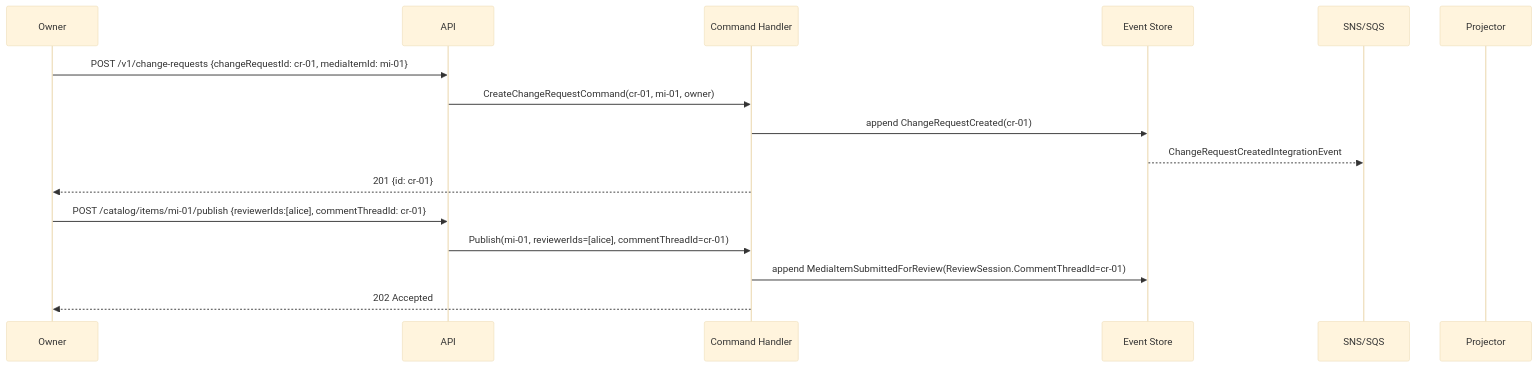
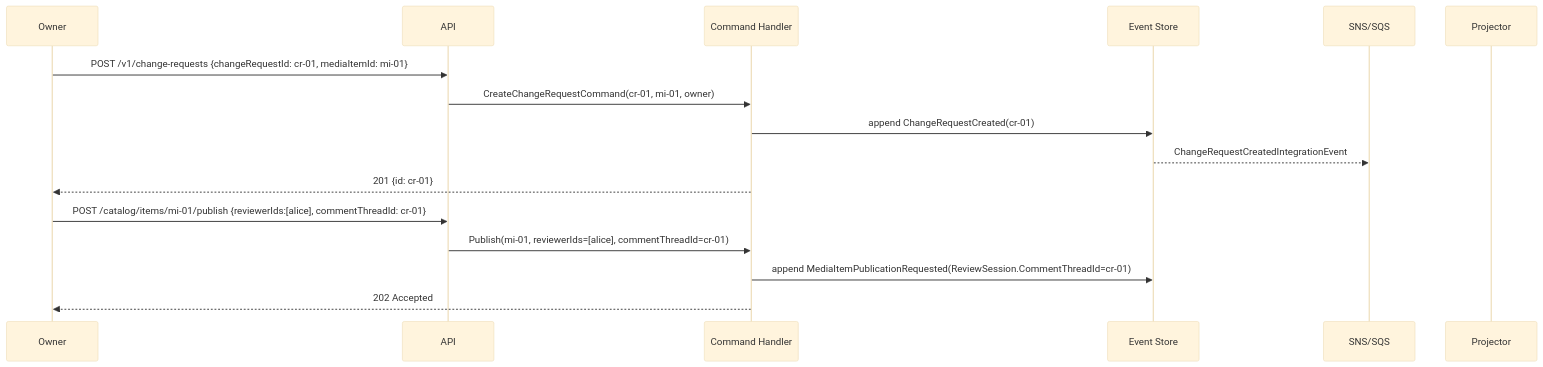
The diagram in projects/magiq-media/spec/contexts/ChangeRequests/aggregates/MediaChangeRequest/mediachangerequest.scenarios.md (cramone/ais-os), drawn with Mermaid (base theme) before and after one commit. The commit also changed other lines of this file and 40 other files, not shown here.

````diff
--- a/projects/magiq-media/spec/contexts/ChangeRequests/aggregates/MediaChangeRequest/mediachangerequest.scenarios.md
+++ b/projects/magiq-media/spec/contexts/ChangeRequests/aggregates/MediaChangeRequest/mediachangerequest.scenarios.md
@@ -59,20 +59,20 @@
 ```mermaid
 sequenceDiagram
     participant Owner
     participant API
     participant CH as Command Handler
     participant ES as Event Store
     participant Bus as SNS/SQS
     participant Proj as Projector
 
     Owner->>API: POST /v1/change-requests {changeRequestId: cr-01, mediaItemId: mi-01}
     API->>CH: CreateChangeRequestCommand(cr-01, mi-01, owner)
     CH->>ES: append ChangeRequestCreated(cr-01)
     ES-->>Bus: ChangeRequestCreatedIntegrationEvent
     CH-->>Owner: 201 {id: cr-01}
 
     Owner->>API: POST /catalog/items/mi-01/publish {reviewerIds:[alice], commentThreadId: cr-01}
     API->>CH: Publish(mi-01, reviewerIds=[alice], commentThreadId=cr-01)
-    CH->>ES: append MediaItemSubmittedForReview(ReviewSession.CommentThreadId=cr-01)
+    CH->>ES: append MediaItemPublicationRequested(ReviewSession.CommentThreadId=cr-01)
     CH-->>Owner: 202 Accepted
 ```
````
